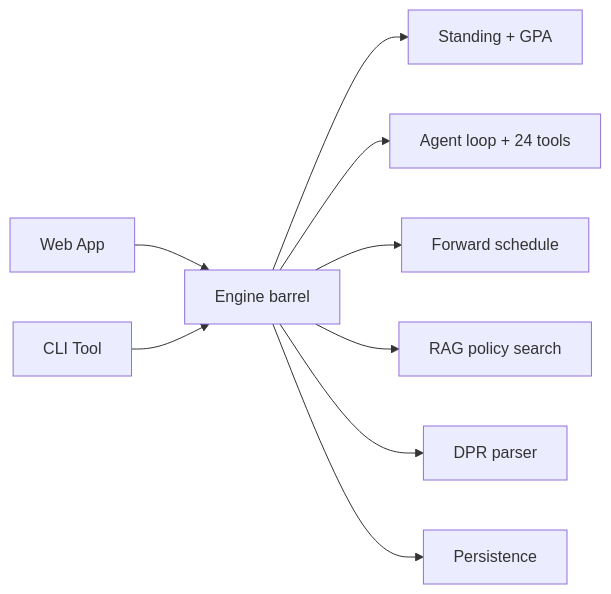
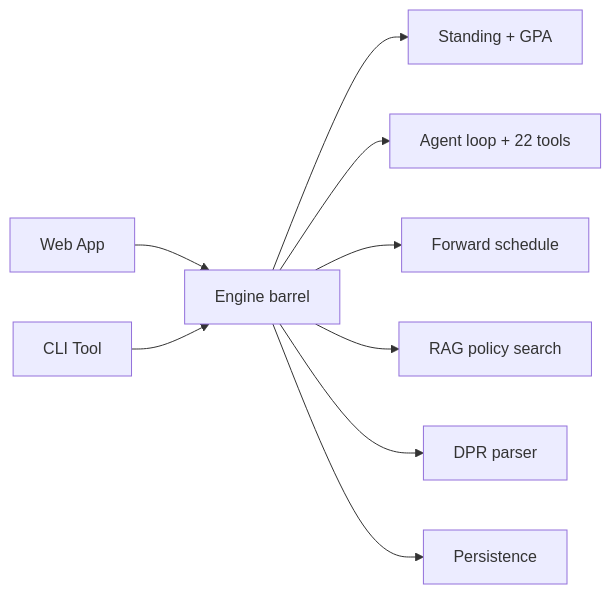
Before and after one commit to EdoardoMongardi/NYU_Path: the diagram in Docs/current-system/engine/engine-package-index.md, drawn with Mermaid. The commit also changed other lines of this file and 15 other files, not shown here.

First line of the commit message:
docs: sync all FOSE docs to "DROPPED from the live agent" (24→22 tools)

````diff
--- a/Docs/current-system/engine/engine-package-index.md
+++ b/Docs/current-system/engine/engine-package-index.md
@@ -9,11 +9,11 @@
 ```mermaid
 flowchart LR
     Web[Web App] --> Barrel[Engine barrel]
     CLI[CLI Tool] --> Barrel
     Barrel --> Standing[Standing + GPA]
-    Barrel --> Agent[Agent loop + 24 tools]
+    Barrel --> Agent[Agent loop + 22 tools]
     Barrel --> Planner[Forward schedule]
     Barrel --> RAG[RAG policy search]
     Barrel --> DPR[DPR parser]
     Barrel --> Store[Persistence]
 ```
````
